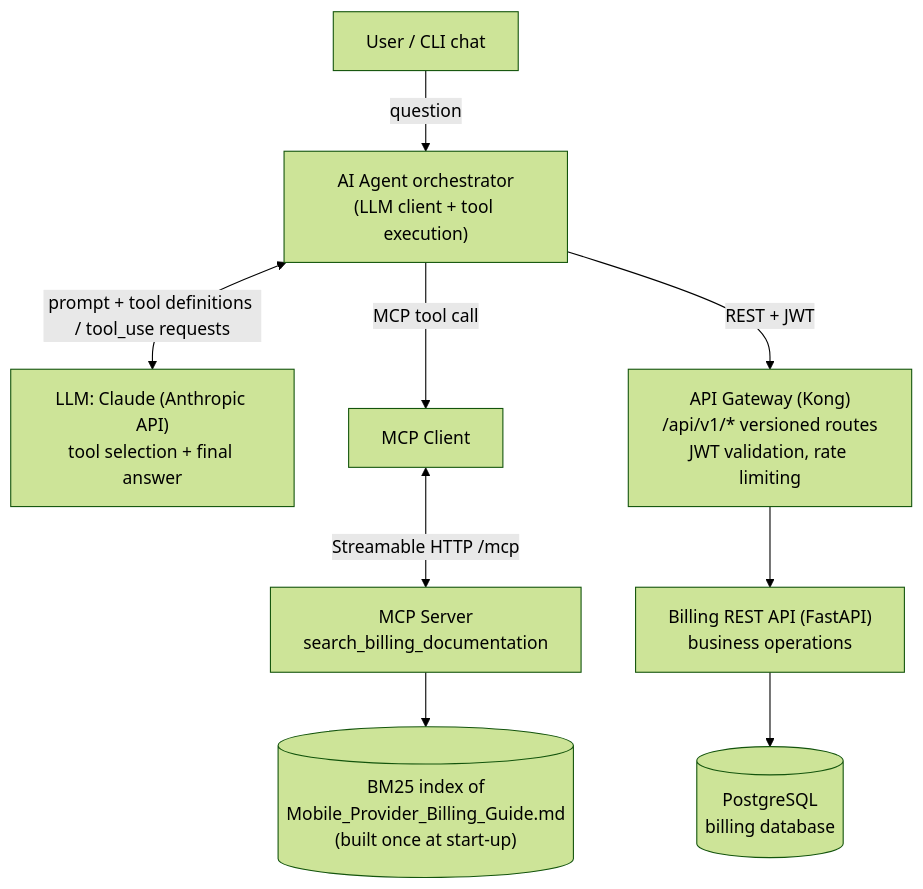
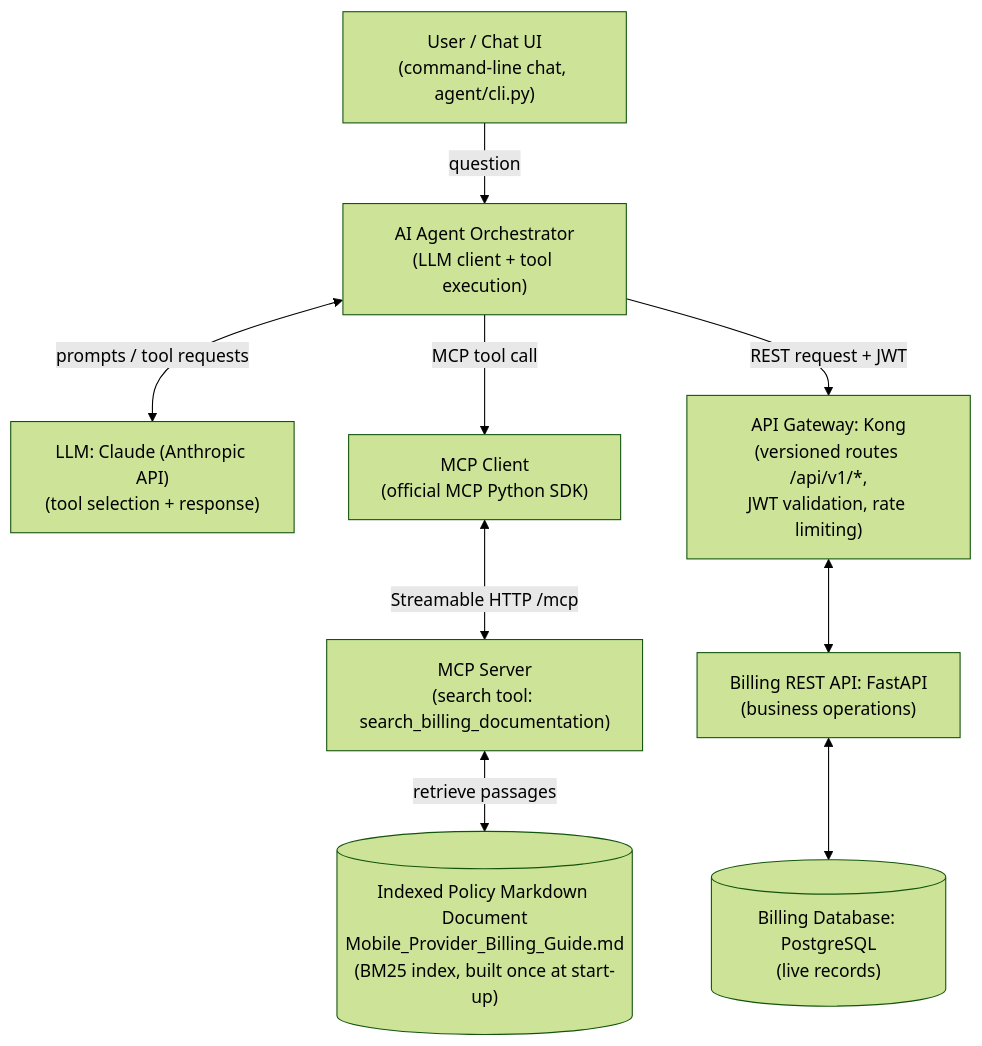
The first of 2 diagrams in README.md (deensza/se4458-billing-assistant), drawn with Mermaid (forest theme) before and after one commit. The commit also changed other lines of this file and 4 other files, not shown here.

Commit message:
Align diagrams with the assignment and the database schema

````diff
--- a/README.md
+++ b/README.md
@@ -40,11 +40,11 @@
 ```mermaid
 flowchart TB
-    U[User / CLI chat] -->|question| A["AI Agent orchestrator<br/>(LLM client + tool execution)"]
-    A <-->|"prompt + tool definitions / tool_use requests"| L["LLM: Claude (Anthropic API)<br/>tool selection + final answer"]
-    A -->|MCP tool call| MC[MCP Client]
-    MC <-->|"Streamable HTTP /mcp"| MS["MCP Server<br/>search_billing_documentation"]
-    MS --> IDX[("BM25 index of<br/>Mobile_Provider_Billing_Guide.md<br/>(built once at start-up)")]
-    A -->|"REST + JWT"| G["API Gateway (Kong)<br/>/api/v1/* versioned routes<br/>JWT validation, rate limiting"]
-    G --> API["Billing REST API (FastAPI)<br/>business operations"]
-    API --> DB[("PostgreSQL<br/>billing database")]
+    U["User / Chat UI<br/>(command-line chat, agent/cli.py)"] -->|question| A["AI Agent Orchestrator<br/>(LLM client + tool execution)"]
+    A <-->|"prompts / tool requests"| L["LLM: Claude (Anthropic API)<br/>(tool selection + response)"]
+    A -->|"MCP tool call"| MC["MCP Client<br/>(official MCP Python SDK)"]
+    A -->|"REST request + JWT"| G["API Gateway: Kong<br/>(versioned routes /api/v1/*,<br/>JWT validation, rate limiting)"]
+    MC <-->|"Streamable HTTP /mcp"| MS["MCP Server<br/>(search tool: search_billing_documentation)"]
+    MS <-->|"retrieve passages"| IDX[("Indexed Policy Markdown Document<br/>Mobile_Provider_Billing_Guide.md<br/>(BM25 index, built once at start-up)")]
+    G <--> API["Billing REST API: FastAPI<br/>(business operations)"]
+    API <--> DB[("Billing Database: PostgreSQL<br/>(live records)")]
 ```
````
